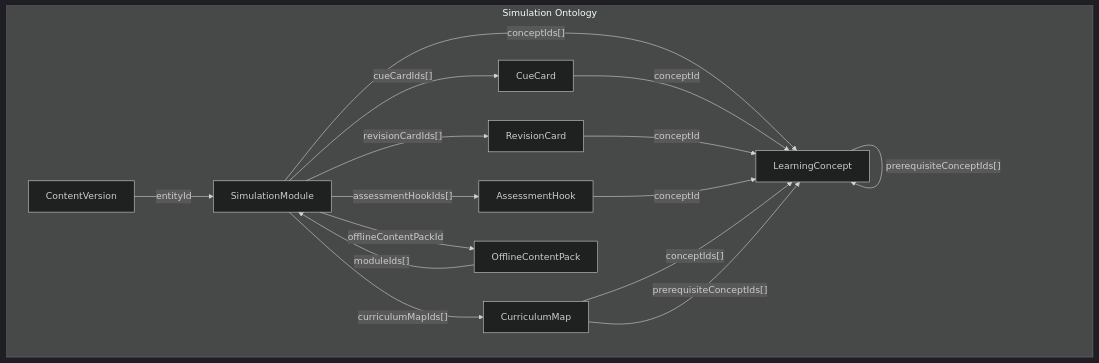
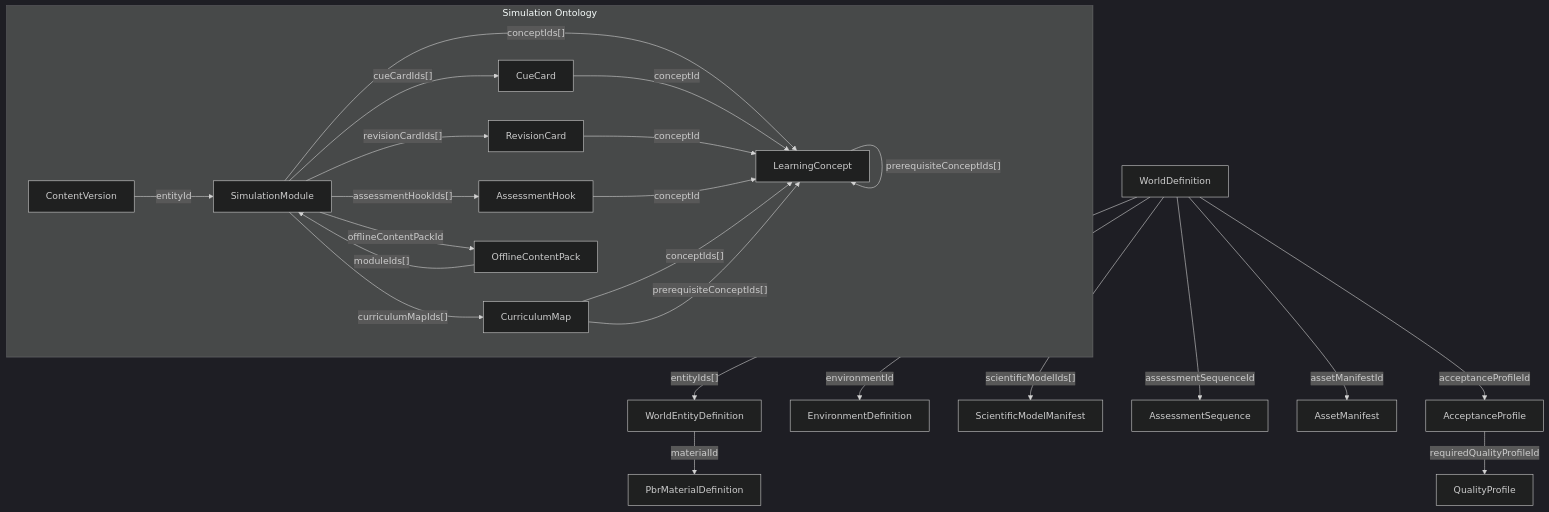
The first of 2 diagrams in docs/ontology/simulation-ontology.md (Amritesh/xr-school), drawn with Mermaid (dark theme) before and after one commit. The commit also changed other lines of this file and 4 other files, not shown here.

````diff
--- a/docs/ontology/simulation-ontology.md
+++ b/docs/ontology/simulation-ontology.md
@@ -7,31 +7,40 @@
 ```mermaid
 graph TD
     subgraph SimulationOntology["Simulation Ontology"]
         SM[SimulationModule]
         LC[LearningConcept]
         CM[CurriculumMap]
         CC[CueCard]
         RC[RevisionCard]
         AH[AssessmentHook]
         OCP[OfflineContentPack]
         CV[ContentVersion]
     end
 
     SM -->|"conceptIds[]"| LC
     SM -->|"curriculumMapIds[]"| CM
     SM -->|"cueCardIds[]"| CC
     SM -->|"revisionCardIds[]"| RC
     SM -->|"assessmentHookIds[]"| AH
     SM -->|"offlineContentPackId"| OCP
     OCP -->|"moduleIds[]"| SM
     CV -->|"entityId"| SM
 
     CC -->|"conceptId"| LC
     RC -->|"conceptId"| LC
     AH -->|"conceptId"| LC
 
     LC -->|"parentConceptId"| LC
     LC -->|"prerequisiteConceptIds[]"| LC
     CM -->|"conceptIds[]"| LC
     CM -->|"prerequisiteConceptIds[]"| LC
+
+    WD[WorldDefinition] -->|"entityIds[]"| WED[WorldEntityDefinition]
+    WD -->|"environmentId"| ED[EnvironmentDefinition]
+    WED -->|"materialId"| PMD[PbrMaterialDefinition]
+    WD -->|"scientificModelIds[]"| SMM[ScientificModelManifest]
+    WD -->|"assessmentSequenceId"| AS[AssessmentSequence]
+    WD -->|"assetManifestId"| AM[AssetManifest]
+    WD -->|"acceptanceProfileId"| AP[AcceptanceProfile]
+    AP -->|"requiredQualityProfileId"| QP[QualityProfile]
 ```
````
